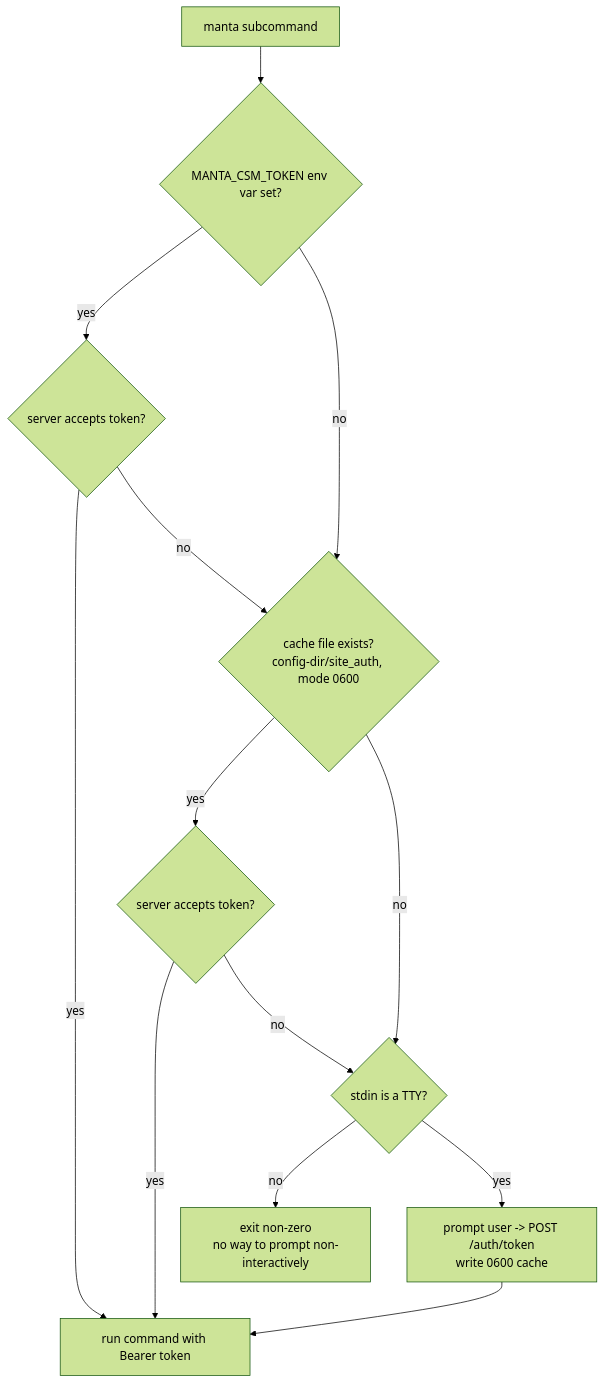
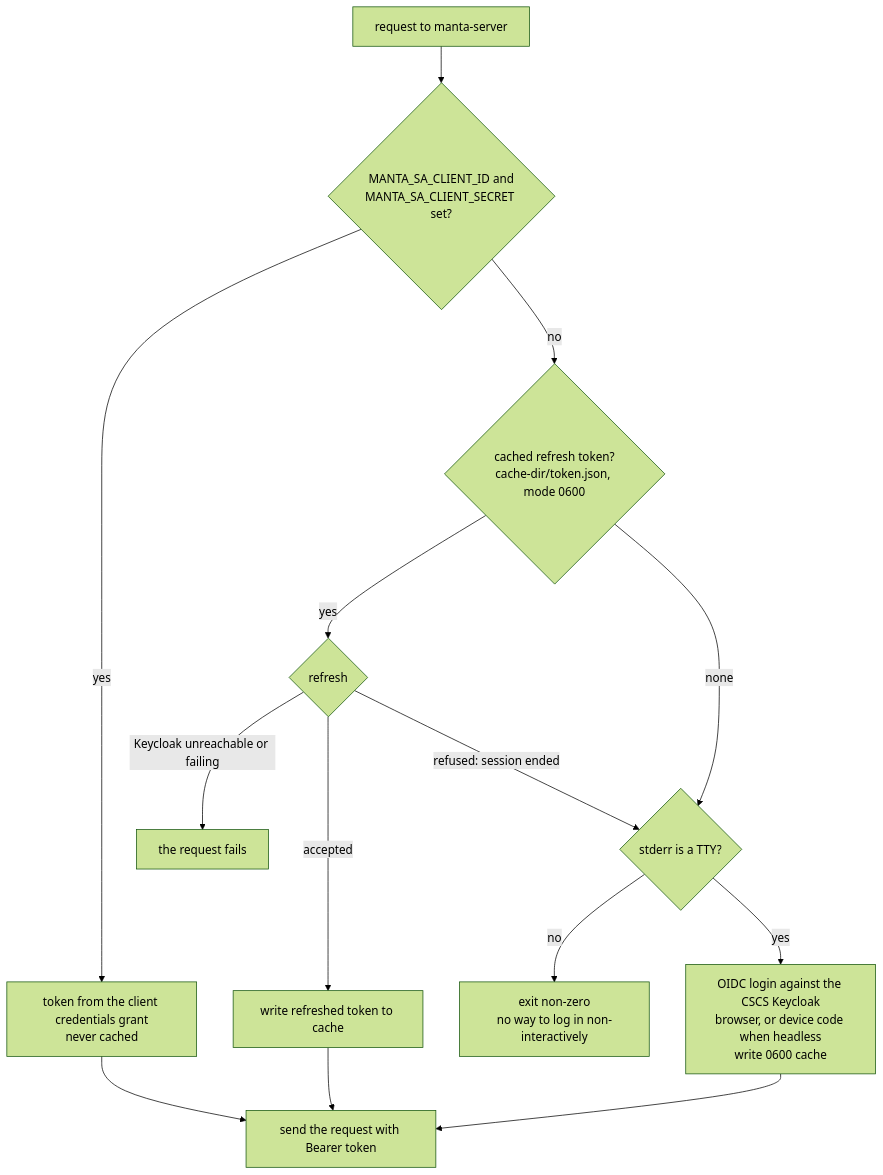
One commit to eth-cscs/manta changed the fourth of 4 diagrams in GUIDE.md. Above: the diagram before and after it, drawn with Mermaid (forest theme). The commit also changed other lines of this file and 118 other files, not shown here.

First line of the commit message:
Keycloak authentication: one token from CSCS KC for all sites (#115)

````diff
--- a/GUIDE.md
+++ b/GUIDE.md
@@ -766,15 +766,14 @@
 ```mermaid
 flowchart TD
-    Start[manta subcommand] --> Env{MANTA_CSM_TOKEN env var set?}
-    Env -->|yes| ValEnv{server accepts token?}
-    Env -->|no| Cache
-    ValEnv -->|yes| Run[run command with Bearer token]
-    ValEnv -->|no| Cache{cache file exists?<br/>config-dir/site_auth, mode 0600}
-    Cache -->|yes| ValCache{server accepts token?}
-    Cache -->|no| TTY{stdin is a TTY?}
-    ValCache -->|yes| Run
-    ValCache -->|no| TTY
-    TTY -->|no| Fail[exit non-zero<br/>no way to prompt non-interactively]
-    TTY -->|yes| Prompt[prompt user -> POST /auth/token<br/>write 0600 cache]
-    Prompt --> Run
+    Start[request to manta-server] --> Env{MANTA_SA_CLIENT_ID and<br/>MANTA_SA_CLIENT_SECRET set?}
+    Env -->|yes| SA[token from the client credentials grant<br/>never cached] --> Run[send the request with Bearer token]
+    Env -->|no| Cache{cached refresh token?<br/>cache-dir/token.json, mode 0600}
+    Cache -->|yes| Refresh{refresh}
+    Refresh -->|accepted| Save[write refreshed token to cache] --> Run
+    Refresh -->|refused: session ended| TTY
+    Refresh -->|Keycloak unreachable or failing| Err[the request fails]
+    Cache -->|none| TTY{stderr is a TTY?}
+    TTY -->|no| Fail[exit non-zero<br/>no way to log in non-interactively]
+    TTY -->|yes| Login[OIDC login against the CSCS Keycloak<br/>browser, or device code when headless<br/>write 0600 cache]
+    Login --> Run
 ```
````
